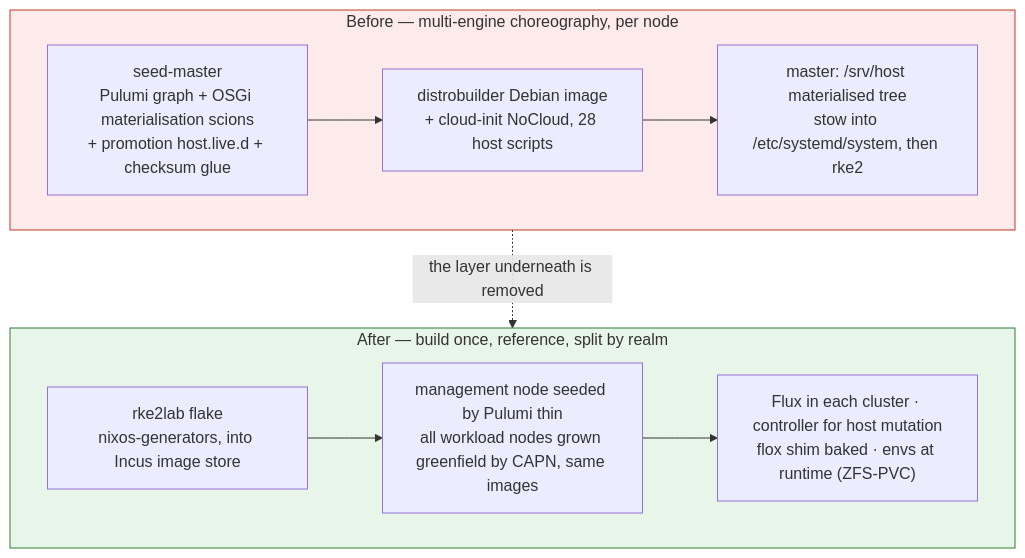
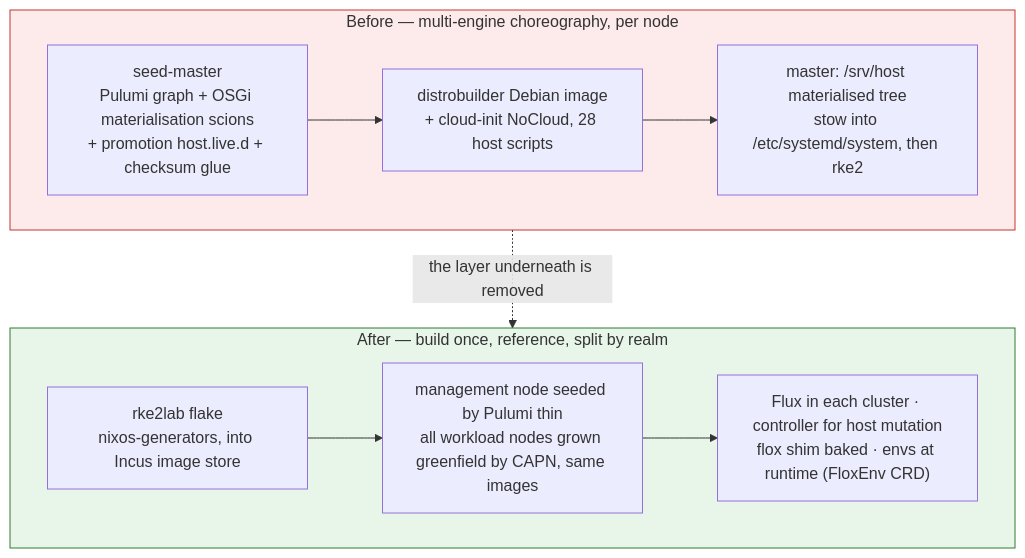
Before and after one commit to nxmatic/rke2lab: the first of 4 diagrams in docs/architecture/atlas/nixos-substrate.adoc, drawn with Mermaid. The commit also changed other lines of this file and 4 other files, not shown here.

First line of the commit message:
docs(flox): converge runtime env delivery on a FloxEnv CRD + controller

```diff
--- a/docs/architecture/atlas/nixos-substrate.adoc
+++ b/docs/architecture/atlas/nixos-substrate.adoc
@@ -29,20 +29,20 @@
 [mermaid]
 ----
 flowchart TB
   subgraph BEFORE[Before — multi-engine choreography, per node]
     b1["seed-master<br/>Pulumi graph + OSGi materialisation scions<br/>+ promotion host.live.d + checksum glue"]
     b2["distrobuilder Debian image<br/>+ cloud-init NoCloud, 28 host scripts"]
     b3["master: /srv/host materialised tree<br/>stow into /etc/systemd/system, then rke2"]
     b1 --> b2 --> b3
   end
   subgraph AFTER[After — build once, reference, split by realm]
     a1["rke2lab flake<br/>nixos-generators, into Incus image store"]
     a2["management node seeded by Pulumi thin<br/>all workload nodes grown greenfield by CAPN, same images"]
-    a3["Flux in each cluster · controller for host mutation<br/>flox shim baked · envs at runtime (ZFS-PVC)"]
+    a3["Flux in each cluster · controller for host mutation<br/>flox shim baked · envs at runtime (FloxEnv CRD)"]
     a1 --> a2 --> a3
   end
   BEFORE -.the layer underneath is removed.-> AFTER
 
   style BEFORE fill:#fdeaea,stroke:#c0392b
   style AFTER fill:#e8f5e9,stroke:#2e7d32
 ----
```
